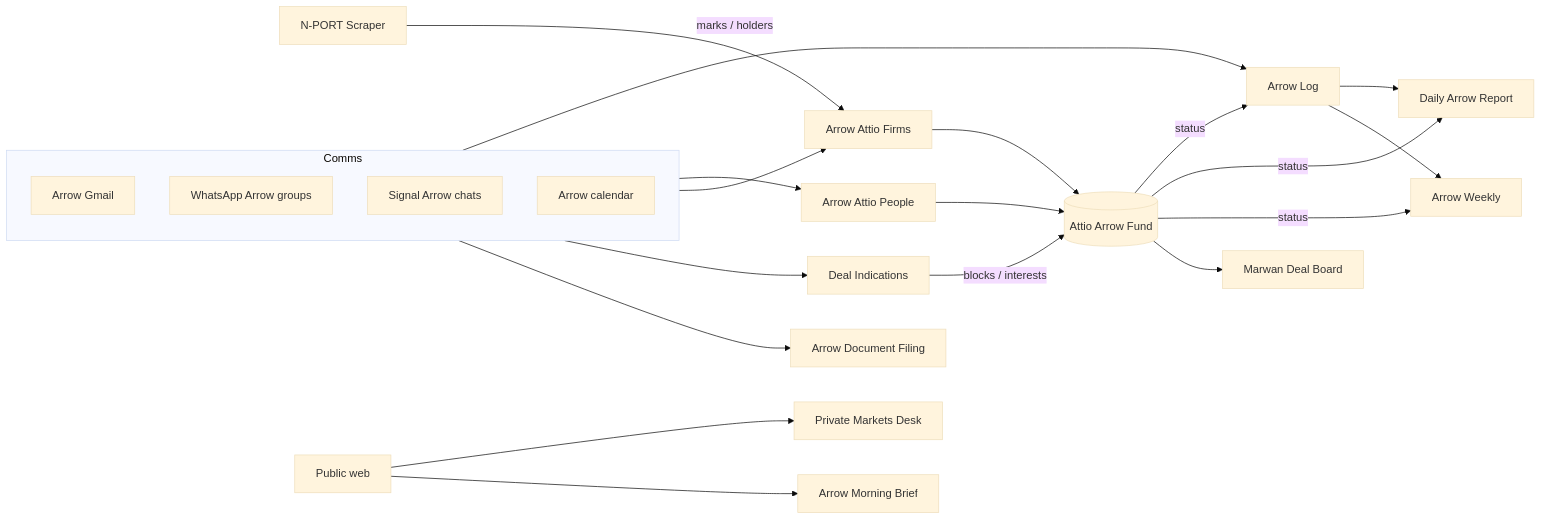
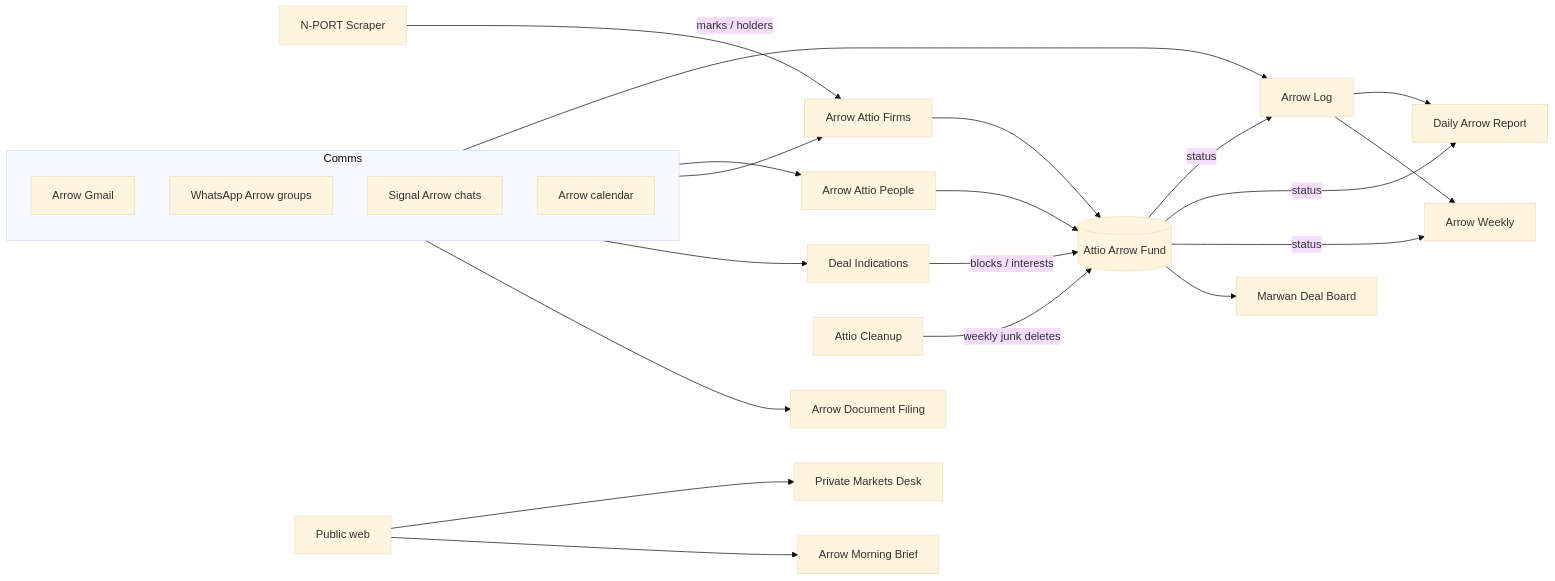
One commit to brendandelta/brendan-knowledge-graph changed the diagram in arrow/BOTS.md. Above: the diagram before and after it, drawn with Mermaid (base theme). The commit also changed other lines of this file and 5 other files, not shown here.

Commit message:
attio-cleanup: bot registry, Sunday 6pm PT routine, schema pointer

````diff
--- a/arrow/BOTS.md
+++ b/arrow/BOTS.md
@@ -28,29 +29,30 @@
 ```mermaid
 flowchart LR
   subgraph Comms
     Gmail[Arrow Gmail]
     WA[WhatsApp Arrow groups]
     Sig[Signal Arrow chats]
     Cal[Arrow calendar]
   end
 
   Comms --> Log[Arrow Log]
   Comms --> People[Arrow Attio People]
   Comms --> Firms[Arrow Attio Firms]
   Comms --> DealInd[Deal Indications]
   Comms --> Inbox[Arrow Document Filing]
 
   NPORT[N-PORT Scraper] -->|marks / holders| Firms
   Attio[(Attio Arrow Fund)]
   People --> Attio
   Firms --> Attio
   DealInd -->|blocks / interests| Attio
   Attio -->|status| Log
   Log --> Daily[Daily Arrow Report]
   Log --> Weekly[Arrow Weekly]
   Attio -->|status| Daily
   Attio -->|status| Weekly
   Attio --> Marwan[Marwan Deal Board]
+  Cleanup[Attio Cleanup] -->|weekly junk deletes| Attio
   Web[Public web] --> PMD[Private Markets Desk]
   Web --> MorningBrief[Arrow Morning Brief]
 ```
````
